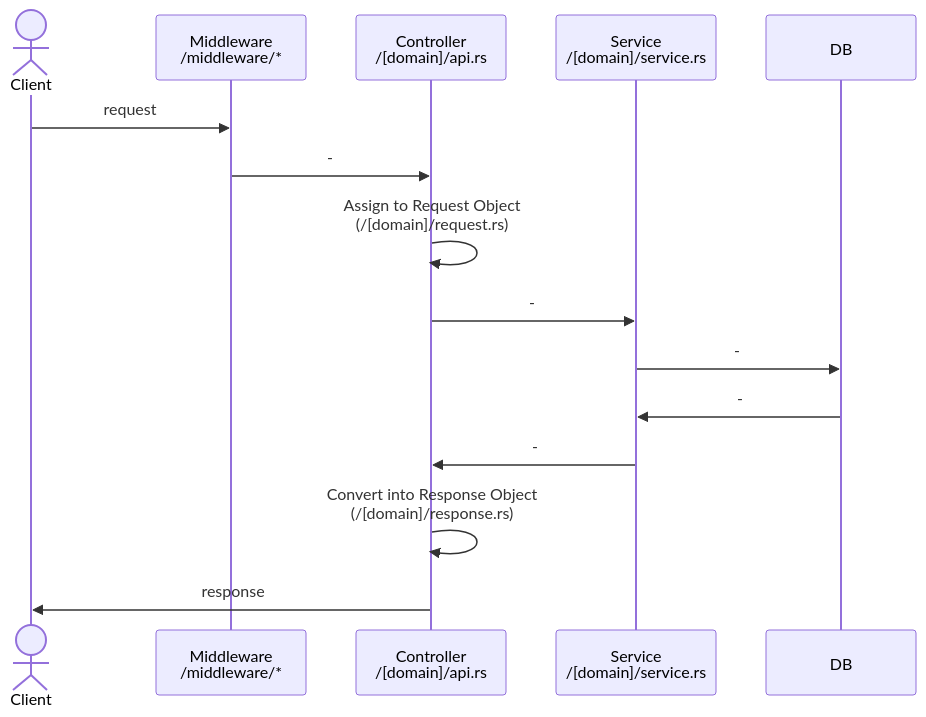
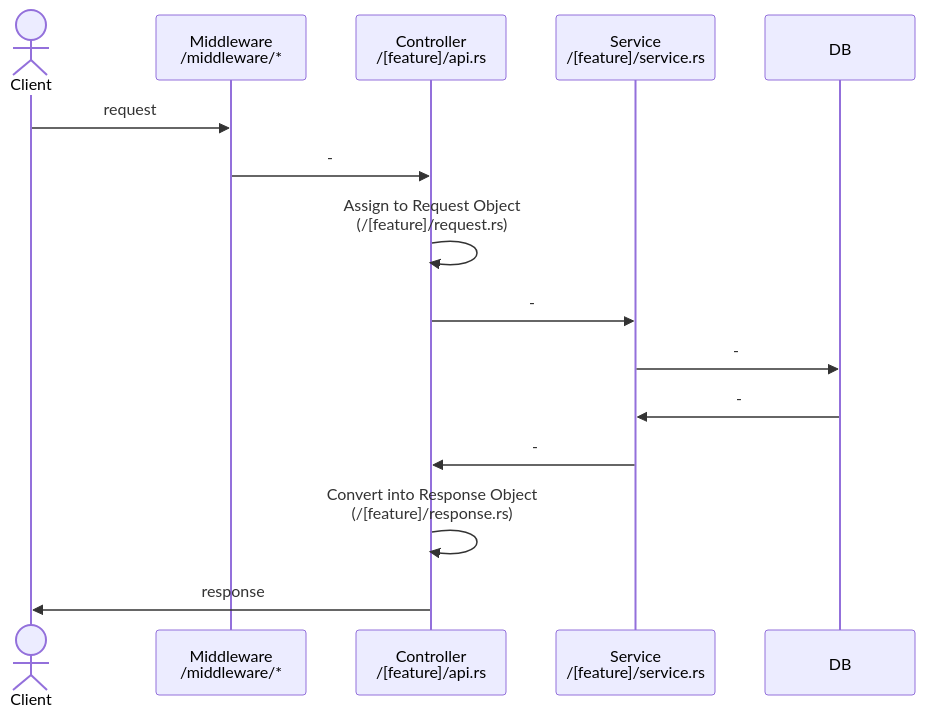
The diagram in README.md (snamiki1212/realworld-v1-rust-actix-web-diesel), drawn with Mermaid before and after one commit.

````diff
--- a/README.md
+++ b/README.md
@@ -69,19 +69,19 @@
 ```mermaid
 sequenceDiagram
   actor Client
   participant Middleware as Middleware<br>/middleware/*
-  participant Controller as Controller<br>/[domain]/api.rs
-  participant Service as Service<br>/[domain]/service.rs
+  participant Controller as Controller<br>/[feature]/api.rs
+  participant Service as Service<br>/[feature]/service.rs
   participant DB
 
   Client ->> Middleware: request
   Middleware ->> Controller: -
-  Controller ->> Controller: Assign to Request Object<br>(/[domain]/request.rs)
+  Controller ->> Controller: Assign to Request Object<br>(/[feature]/request.rs)
   Controller ->> Service: -
   Service ->> DB: -
 
   DB ->> Service: -
   Service ->> Controller: -
-  Controller ->> Controller: Convert into Response Object<br>(/[domain]/response.rs)
+  Controller ->> Controller: Convert into Response Object<br>(/[feature]/response.rs)
   Controller ->> Client: response
 ```
````
